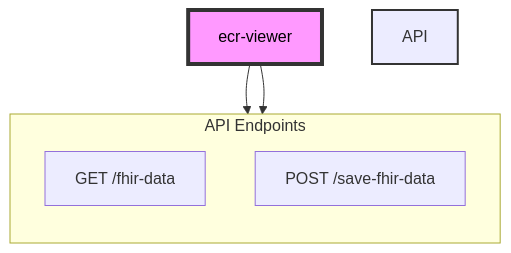
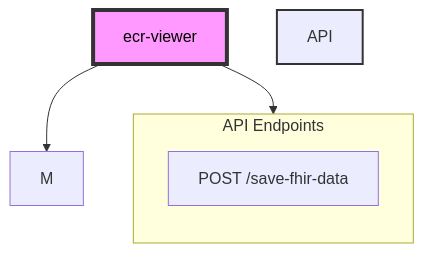
One commit to CDCgov/dibbs-ecr-viewer changed the second of 2 diagrams in containers/ecr-viewer/README.md. Above: the diagram before and after it, drawn with Mermaid. The commit also changed other lines of this file and 6 other files, not shown here.

````diff
--- a/containers/ecr-viewer/README.md
+++ b/containers/ecr-viewer/README.md
@@ -188,13 +187,12 @@
 ```mermaid
 graph TD
     A[ecr-viewer]
     subgraph API Endpoints
         direction TB
-        M[GET /fhir-data]
         N[POST /save-fhir-data]
     end
     A --> M
     A --> N
     style A fill:#f9f,stroke:#333,stroke-width:4px,color:#000
     style API Endpoints fill:#bfb,stroke:#333,stroke-width:2px
 ```
````
